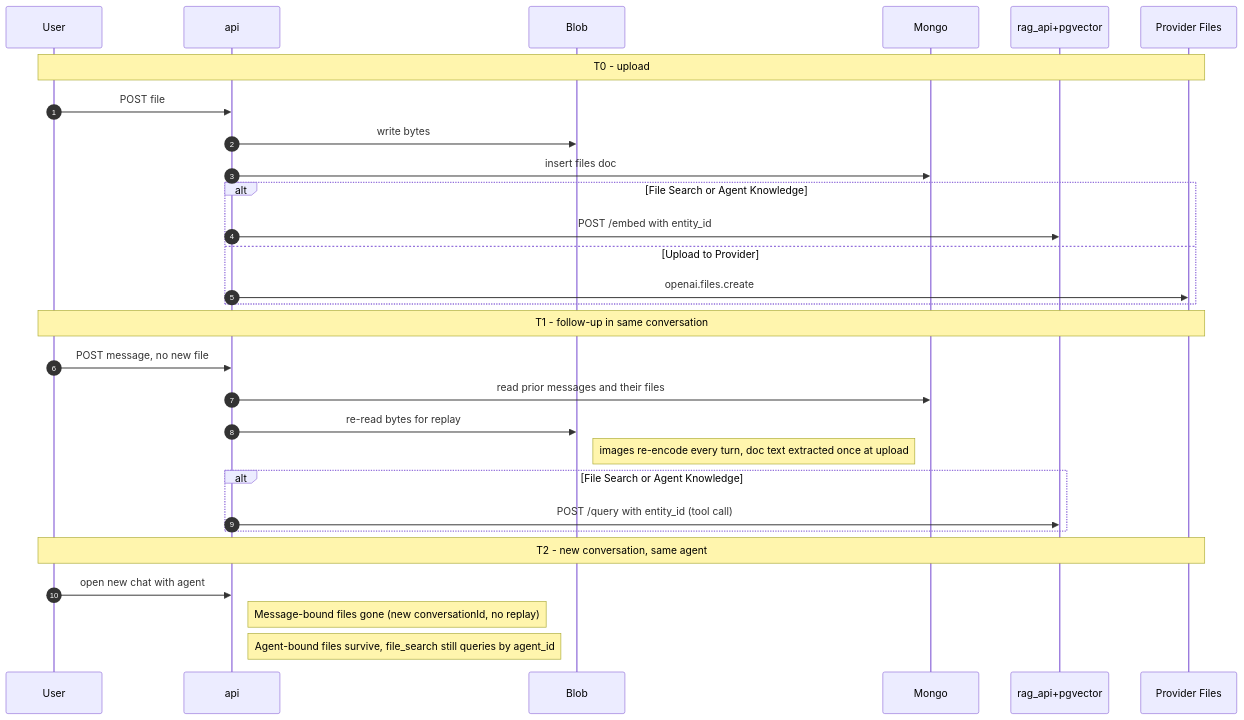
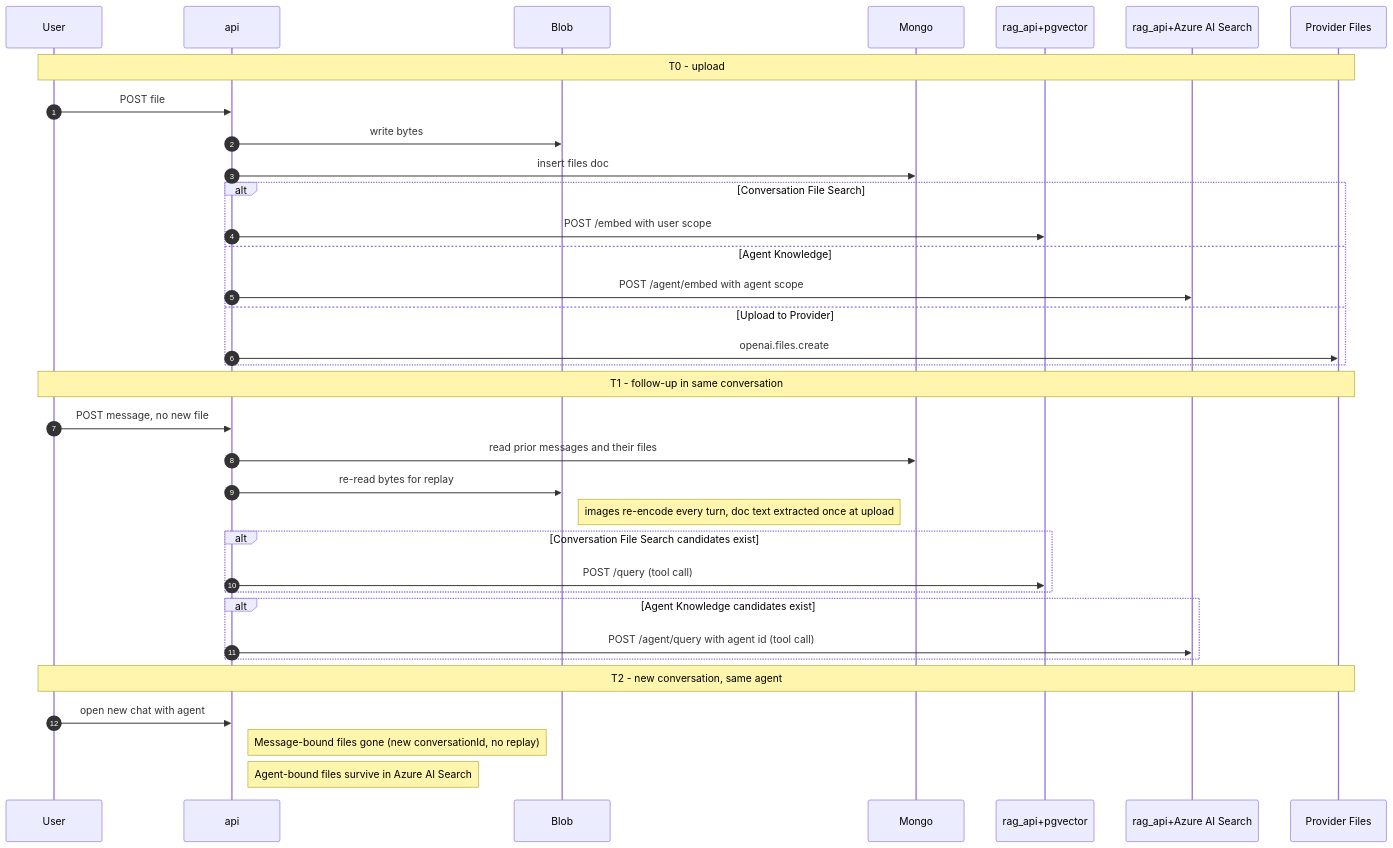
Before and after one commit to Falenos/LibreChat: the third of 3 diagrams in knauf/docs/architecture/files/overview.md, drawn with Mermaid. The commit also changed other lines of this file and 8 other files, not shown here.

Commit message:
docs: define dual-backend agent retrieval architecture

````diff
--- a/knauf/docs/architecture/files/overview.md
+++ b/knauf/docs/architecture/files/overview.md
@@ -187,34 +189,40 @@
 ```mermaid
 sequenceDiagram
     autonumber
     participant U as User
     participant API as api
     participant Blob as Blob
     participant Mongo as Mongo
-    participant RAG as rag_api+pgvector
+    participant PG as rag_api+pgvector
+    participant AIS as rag_api+Azure AI Search
     participant Prov as Provider Files
 
     Note over U,Prov: T0 - upload
     U->>API: POST file
     API->>Blob: write bytes
     API->>Mongo: insert files doc
-    alt File Search or Agent Knowledge
-        API->>RAG: POST /embed with entity_id
+    alt Conversation File Search
+        API->>PG: POST /embed with user scope
+    else Agent Knowledge
+        API->>AIS: POST /agent/embed with agent scope
     else Upload to Provider
         API->>Prov: openai.files.create
     end
 
     Note over U,Prov: T1 - follow-up in same conversation
     U->>API: POST message, no new file
     API->>Mongo: read prior messages and their files
     API->>Blob: re-read bytes for replay
     Note right of Blob: images re-encode every turn, doc text extracted once at upload
-    alt File Search or Agent Knowledge
-        API->>RAG: POST /query with entity_id (tool call)
+    alt Conversation File Search candidates exist
+        API->>PG: POST /query (tool call)
+    end
+    alt Agent Knowledge candidates exist
+        API->>AIS: POST /agent/query with agent id (tool call)
     end
 
     Note over U,Prov: T2 - new conversation, same agent
     U->>API: open new chat with agent
     Note right of API: Message-bound files gone (new conversationId, no replay)
-    Note right of API: Agent-bound files survive, file_search still queries by agent_id
+    Note right of API: Agent-bound files survive in Azure AI Search
 ```
````
